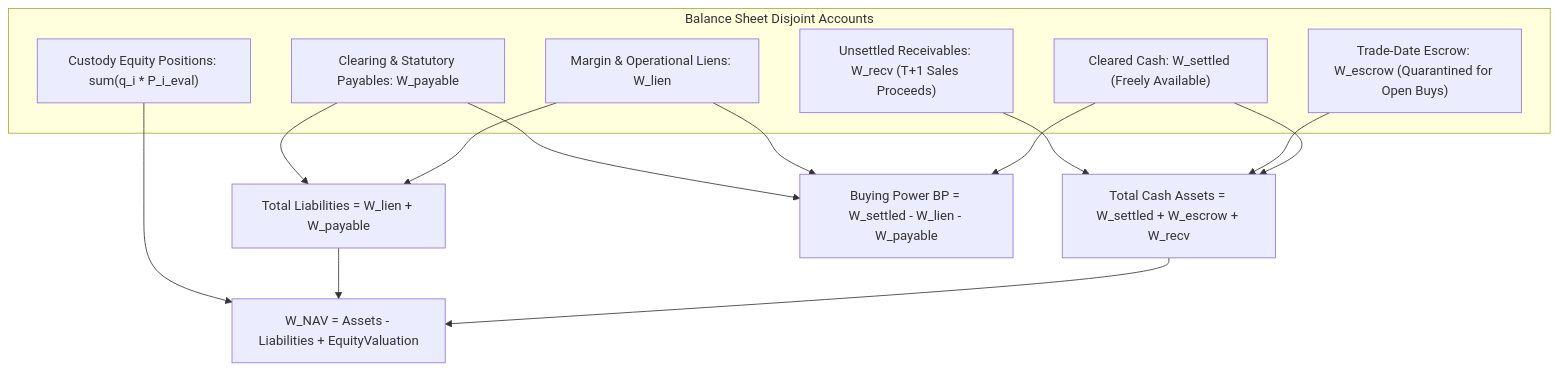
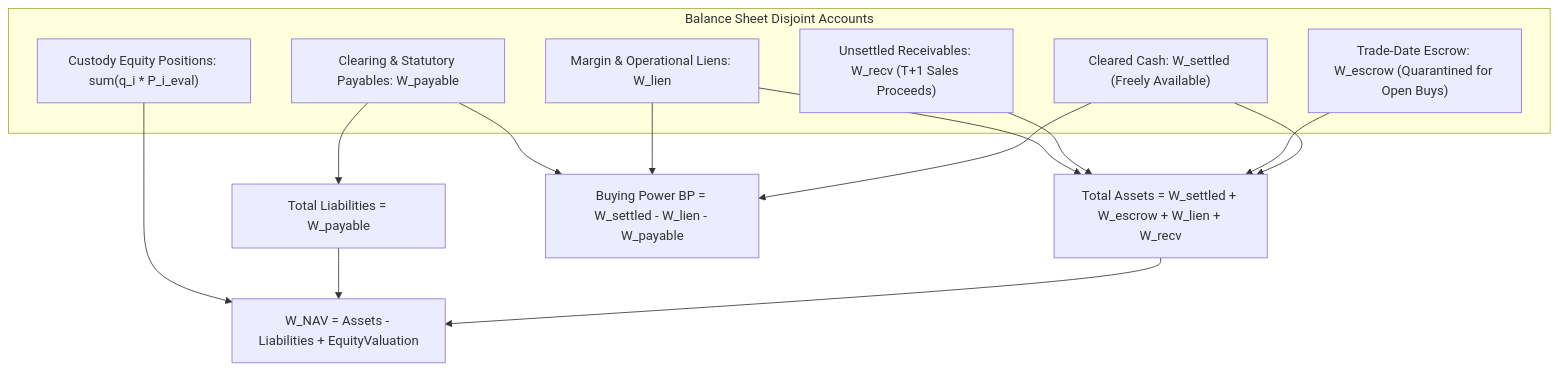
The third of 4 diagrams in README.md (2k25it2514261-cloud/alphaniti), drawn with Mermaid before and after one commit. The commit also changed other lines of this file and 17 other files, not shown here.

````diff
--- a/README.md
+++ b/README.md
@@ -339,16 +349,16 @@
 ```mermaid
 flowchart TD
     subgraph Accounts ["Balance Sheet Disjoint Accounts"]
         A1["Cleared Cash: W_settled (Freely Available)"]
         A2["Trade-Date Escrow: W_escrow (Quarantined for Open Buys)"]
         A3["Unsettled Receivables: W_recv (T+1 Sales Proceeds)"]
         L1["Margin & Operational Liens: W_lien"]
         L2["Clearing & Statutory Payables: W_payable"]
         E["Custody Equity Positions: sum(q_i * P_i_eval)"]
     end
     
-    A1 & A2 & A3 --> Assets["Total Cash Assets = W_settled + W_escrow + W_recv"]
-    L1 & L2 --> Liab["Total Liabilities = W_lien + W_payable"]
+    A1 & A2 & A3 & L1 --> Assets["Total Assets = W_settled + W_escrow + W_lien + W_recv"]
+    L2 --> Liab["Total Liabilities = W_payable"]
     Assets & Liab & E --> NAV["W_NAV = Assets - Liabilities + EquityValuation"]
     A1 & L1 & L2 --> BP["Buying Power BP = W_settled - W_lien - W_payable"]
 ```
````
